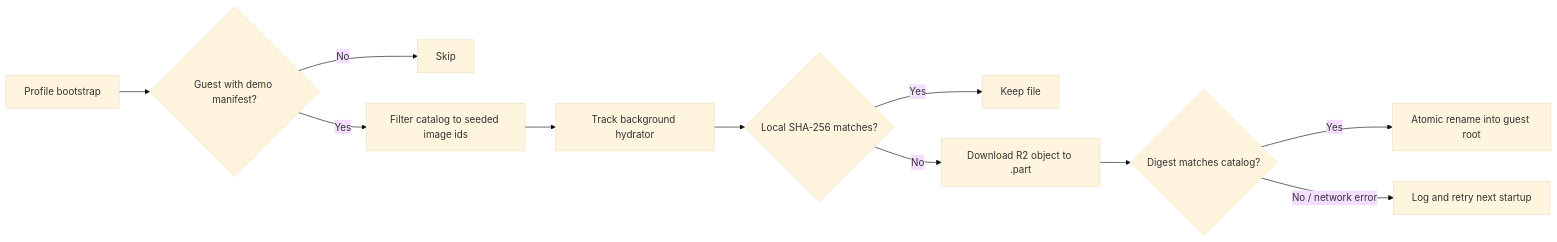
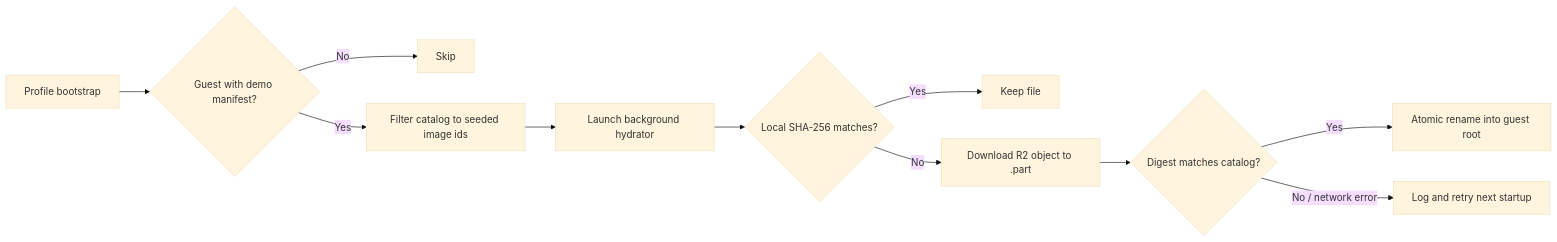
The second of 2 diagrams in knowledge/features/demo.md (matthiasn/lotti), drawn with Mermaid (base theme) before and after one commit. The commit also changed other lines of this file and 3 other files, not shown here.

````diff
--- a/knowledge/features/demo.md
+++ b/knowledge/features/demo.md
@@ -164,13 +166,13 @@
 ```mermaid
 flowchart LR
     B[Profile bootstrap] --> M{Guest with demo manifest?}
     M -->|No| S[Skip]
     M -->|Yes| C[Filter catalog to seeded image ids]
-    C --> H[Track background hydrator]
+    C --> H[Launch background hydrator]
     H --> V{Local SHA-256 matches?}
     V -->|Yes| K[Keep file]
     V -->|No| D[Download R2 object to .part]
     D --> Q{Digest matches catalog?}
     Q -->|Yes| A[Atomic rename into guest root]
     Q -->|No / network error| R[Log and retry next startup]
 ```
````
